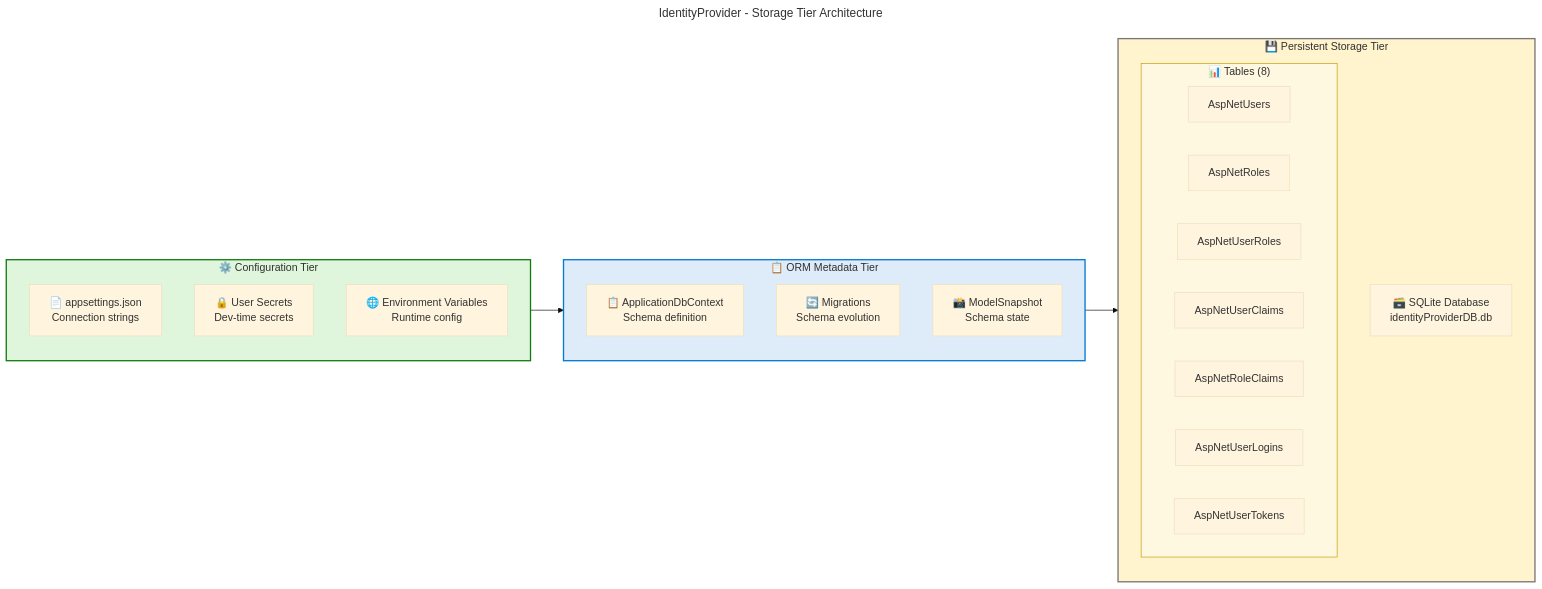
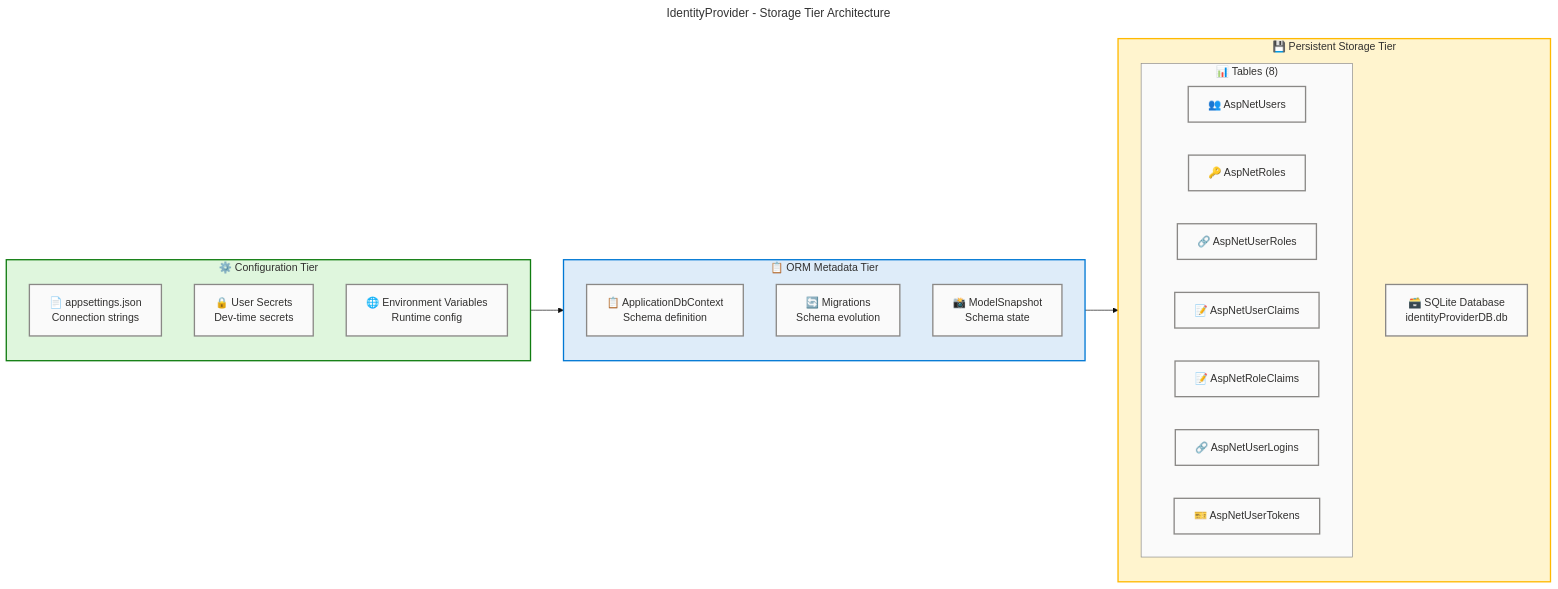
Before and after one commit to Evilazaro/IdentityProvider: the second of 13 diagrams in docs/architecture/data-architecture.md, drawn with Mermaid. The commit also changed other lines of this file, not shown here.

Commit message:
Enhance data architecture diagrams with accessibility features and improved styling for clarity

````diff
--- a/docs/architecture/data-architecture.md
+++ b/docs/architecture/data-architecture.md
@@ -154,49 +164,59 @@
 ```mermaid
 ---
 title: IdentityProvider - Storage Tier Architecture
 config:
   theme: base
   look: classic
   layout: dagre
   themeVariables:
     fontSize: '16px'
   flowchart:
     htmlLabels: true
 ---
 flowchart LR
     accTitle: IdentityProvider Storage Tier Architecture
     accDescr: Diagram showing the three storage tiers in the application - application configuration, ORM metadata, and persistent database storage with data classification
 
+    %% ── AZURE / FLUENT v1.1 ──────────────────────────────────
+    %% PHASE 1 — Structural ✔  direction explicit, nesting ≤ 3
+    %% PHASE 2 — Semantic   ✔  neutral-first, max 5 classes
+    %% PHASE 3 — Font       ✔  dark text on light bg
+    %% PHASE 4 — Accessibility ✔  accTitle + accDescr present
+    %% PHASE 5 — Standards  ✔  centralized classDefs below
+    %% ─────────────────────────────────────────────────────────
+
     subgraph TIER1["⚙️ Configuration Tier"]
-        AS["📄 appsettings.json\nConnection strings"]
-        US["🔒 User Secrets\nDev-time secrets"]
-        ENV["🌐 Environment Variables\nRuntime config"]
+        AS["📄 appsettings.json\nConnection strings"]:::neutral
+        US["🔒 User Secrets\nDev-time secrets"]:::neutral
+        ENV["🌐 Environment Variables\nRuntime config"]:::neutral
     end
 
     subgraph TIER2["📋 ORM Metadata Tier"]
-        CTX2["📋 ApplicationDbContext\nSchema definition"]
-        MIG2["🔄 Migrations\nSchema evolution"]
-        SNAP2["📸 ModelSnapshot\nSchema state"]
+        CTX2["📋 ApplicationDbContext\nSchema definition"]:::neutral
+        MIG2["🔄 Migrations\nSchema evolution"]:::neutral
+        SNAP2["📸 ModelSnapshot\nSchema state"]:::neutral
     end
 
     subgraph TIER3["💾 Persistent Storage Tier"]
-        DB["🗃️ SQLite Database\nidentityProviderDB.db"]
+        DB["🗃️ SQLite Database\nidentityProviderDB.db"]:::neutral
         subgraph TABLES["📊 Tables (8)"]
-            T1["AspNetUsers"]
-            T2["AspNetRoles"]
-            T3["AspNetUserRoles"]
-            T4["AspNetUserClaims"]
-            T5["AspNetRoleClaims"]
-            T6["AspNetUserLogins"]
-            T7["AspNetUserTokens"]
+            T1["👥 AspNetUsers"]:::neutral
+            T2["🔑 AspNetRoles"]:::neutral
+            T3["🔗 AspNetUserRoles"]:::neutral
+            T4["📝 AspNetUserClaims"]:::neutral
+            T5["📝 AspNetRoleClaims"]:::neutral
+            T6["🔗 AspNetUserLogins"]:::neutral
+            T7["🎫 AspNetUserTokens"]:::neutral
         end
     end
 
     TIER1 --> TIER2
     TIER2 --> TIER3
 
+    classDef neutral fill:#FAFAFA,stroke:#8A8886,stroke-width:2px,color:#323130
+
     style TIER1 fill:#DFF6DD,stroke:#107C10,stroke-width:2px,color:#323130
     style TIER2 fill:#DEECF9,stroke:#0078D4,stroke-width:2px,color:#323130
-    style TIER3 fill:#FFF4CE,stroke:#797673,stroke-width:2px,color:#323130
-    style TABLES fill:#FFF8E1,stroke:#C19C00,stroke-width:1px,color:#323130
+    style TIER3 fill:#FFF4CE,stroke:#FFB900,stroke-width:2px,color:#323130
+    style TABLES fill:#FAFAFA,stroke:#8A8886,stroke-width:1px,color:#323130
 ```
````
